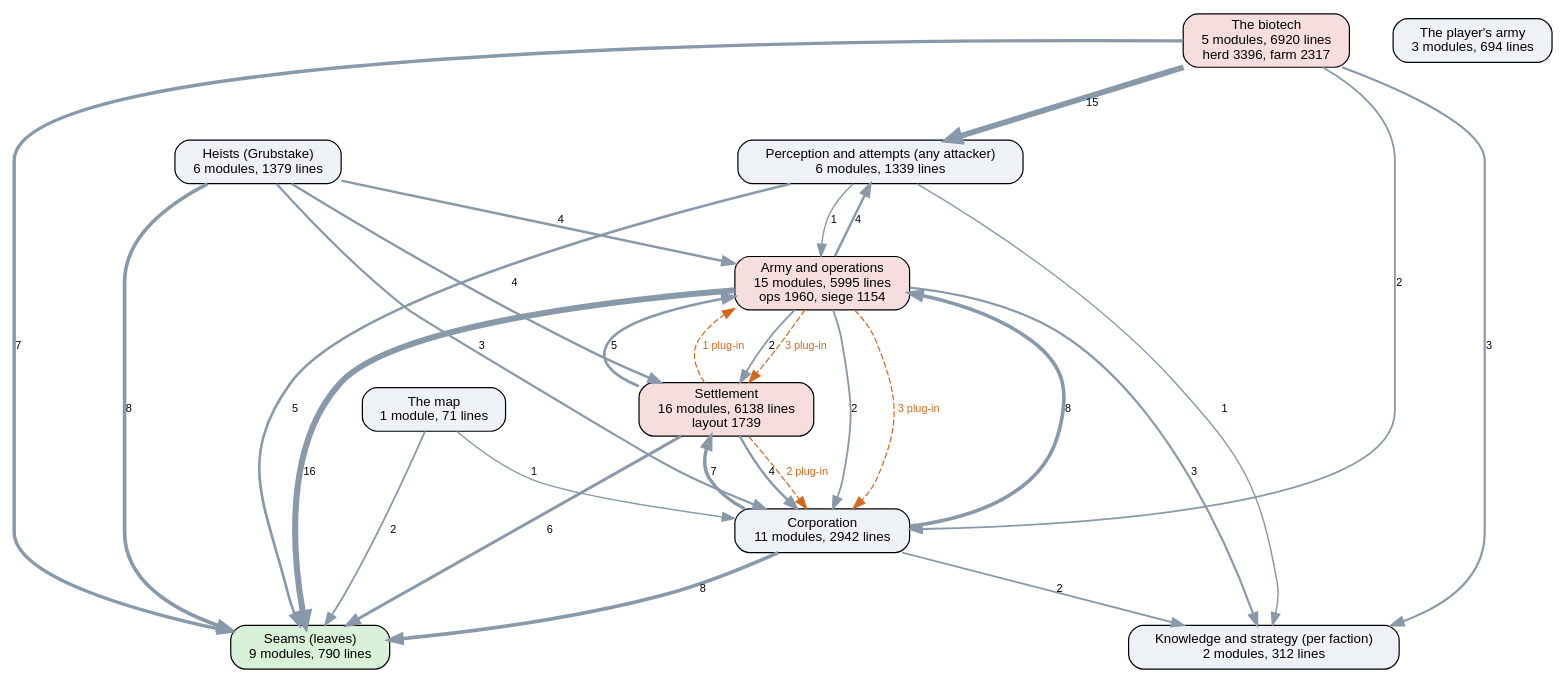
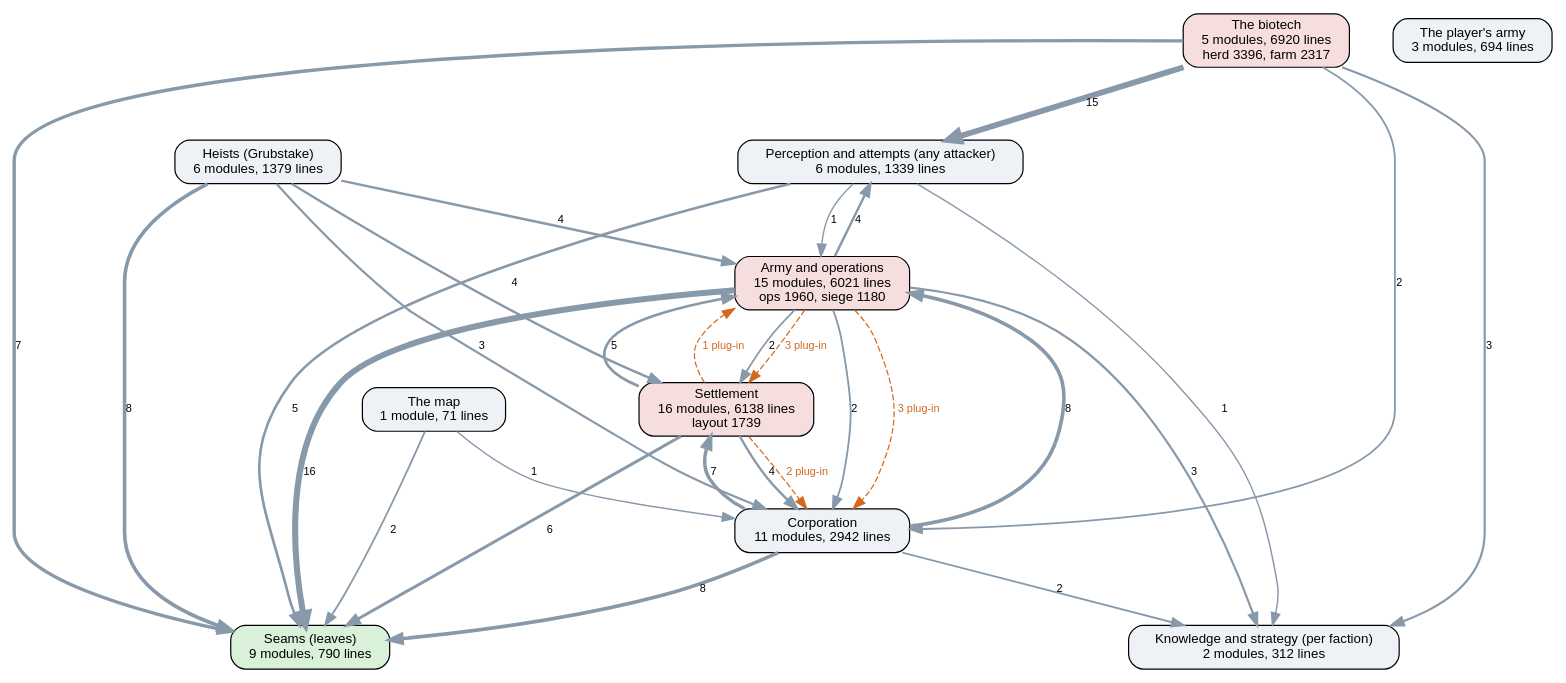
The diagram in docs/ai-layers.dot (kinelhu/landing-party), drawn with Graphviz before and after one commit. The commit also changed 10 other files, not shown here.

```diff
--- a/docs/ai-layers.dot
+++ b/docs/ai-layers.dot
@@ -1,44 +1,44 @@
 digraph layers {
   graph [rankdir=TB, fontname="Helvetica", nodesep=0.5, ranksep=0.7];
   node [shape=box, style="rounded,filled", fontname="Helvetica", fontsize=11, fillcolor="#eef2f7"];
   edge [color="#8899aa", fontname="Helvetica", fontsize=9];
   "Seams (leaves)" [label="Seams (leaves)\n9 modules, 790 lines", fillcolor="#d9f0d9"];
   "Perception and attempts (any attacker)" [label="Perception and attempts (any attacker)\n6 modules, 1339 lines", fillcolor="#eef2f7"];
   "Knowledge and strategy (per faction)" [label="Knowledge and strategy (per faction)\n2 modules, 312 lines", fillcolor="#eef2f7"];
   "Corporation" [label="Corporation\n11 modules, 2942 lines", fillcolor="#eef2f7"];
   "Settlement" [label="Settlement\n16 modules, 6138 lines\nlayout 1739", fillcolor="#f7dede"];
-  "Army and operations" [label="Army and operations\n15 modules, 5995 lines\nops 1960, siege 1154", fillcolor="#f7dede"];
+  "Army and operations" [label="Army and operations\n15 modules, 6021 lines\nops 1960, siege 1180", fillcolor="#f7dede"];
   "Heists (Grubstake)" [label="Heists (Grubstake)\n6 modules, 1379 lines", fillcolor="#eef2f7"];
   "The biotech" [label="The biotech\n5 modules, 6920 lines\nherd 3396, farm 2317", fillcolor="#f7dede"];
   "The map" [label="The map\n1 module, 71 lines", fillcolor="#eef2f7"];
   "The player's army" [label="The player's army\n3 modules, 694 lines", fillcolor="#eef2f7"];
   "Army and operations" -> "Corporation" [label="2", penwidth=1.5];
   "Army and operations" -> "Knowledge and strategy (per faction)" [label="3", penwidth=1.8];
   "Army and operations" -> "Perception and attempts (any attacker)" [label="4", penwidth=2.0];
   "Army and operations" -> "Seams (leaves)" [label="16", penwidth=5.0];
   "Army and operations" -> "Settlement" [label="2", penwidth=1.5];
   "Corporation" -> "Army and operations" [label="8", penwidth=3.0];
   "Corporation" -> "Knowledge and strategy (per faction)" [label="2", penwidth=1.5];
   "Corporation" -> "Seams (leaves)" [label="8", penwidth=3.0];
   "Corporation" -> "Settlement" [label="7", penwidth=2.8];
   "Heists (Grubstake)" -> "Army and operations" [label="4", penwidth=2.0];
   "Heists (Grubstake)" -> "Corporation" [label="3", penwidth=1.8];
   "Heists (Grubstake)" -> "Seams (leaves)" [label="8", penwidth=3.0];
   "Heists (Grubstake)" -> "Settlement" [label="4", penwidth=2.0];
   "Perception and attempts (any attacker)" -> "Army and operations" [label="1", penwidth=1.2];
   "Perception and attempts (any attacker)" -> "Knowledge and strategy (per faction)" [label="1", penwidth=1.2];
   "Perception and attempts (any attacker)" -> "Seams (leaves)" [label="5", penwidth=2.2];
   "Settlement" -> "Army and operations" [label="5", penwidth=2.2];
   "Settlement" -> "Corporation" [label="4", penwidth=2.0];
   "Settlement" -> "Seams (leaves)" [label="6", penwidth=2.5];
   "The biotech" -> "Corporation" [label="2", penwidth=1.5];
   "The biotech" -> "Knowledge and strategy (per faction)" [label="3", penwidth=1.8];
   "The biotech" -> "Perception and attempts (any attacker)" [label="15", penwidth=4.8];
   "The biotech" -> "Seams (leaves)" [label="7", penwidth=2.8];
   "The map" -> "Corporation" [label="1", penwidth=1.2];
   "The map" -> "Seams (leaves)" [label="2", penwidth=1.5];
   "Army and operations" -> "Corporation" [style=dashed, color="#d2691e", fontcolor="#d2691e", label="3 plug-in"];
   "Army and operations" -> "Settlement" [style=dashed, color="#d2691e", fontcolor="#d2691e", label="3 plug-in"];
   "Settlement" -> "Army and operations" [style=dashed, color="#d2691e", fontcolor="#d2691e", label="1 plug-in"];
   "Settlement" -> "Corporation" [style=dashed, color="#d2691e", fontcolor="#d2691e", label="2 plug-in"];
 }
```
